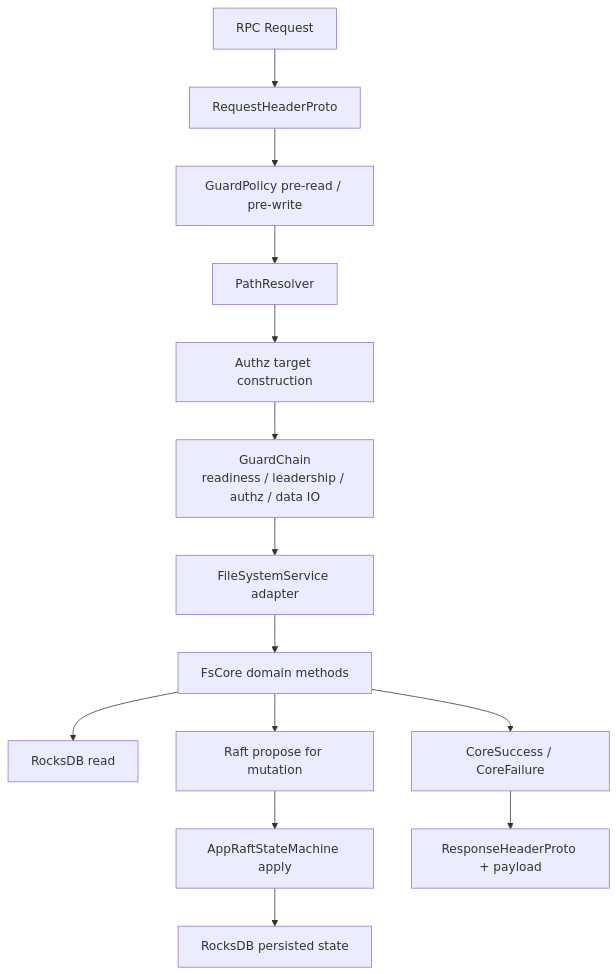
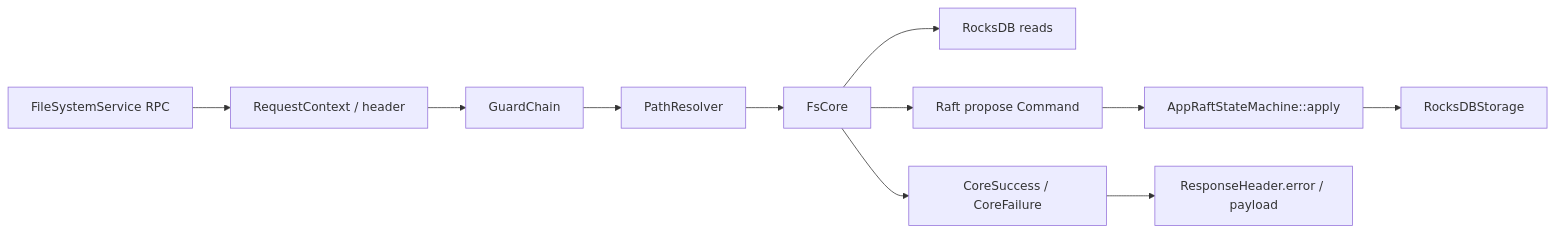
Before and after one commit to zouhuajian/beryl: the second of 2 diagrams in metadata/README_ZH.md, drawn with Mermaid. The commit also changed other lines of this file and 24 other files, not shown here.

````diff
--- a/metadata/README_ZH.md
+++ b/metadata/README_ZH.md
@@ -231,16 +99,13 @@
 ```mermaid
-flowchart TD
-    RPC[RPC Request] --> Header[RequestHeaderProto]
-    Header --> PreGuard[GuardPolicy pre-read / pre-write]
-    PreGuard --> Resolve[PathResolver]
-    Resolve --> Authz[Authz target construction]
-    Authz --> Guard[GuardChain<br/>readiness / leadership / authz / data IO]
-    Guard --> Service[FileSystemService adapter]
-    Service --> Core[FsCore domain methods]
-    Core --> ReadStore[RocksDB read]
-    Core --> Raft[Raft propose for mutation]
-    Raft --> SM[AppRaftStateMachine apply]
-    SM --> Store[RocksDB persisted state]
-    Core --> Resp[CoreSuccess / CoreFailure]
-    Resp --> HeaderOut[ResponseHeaderProto + payload]
+flowchart LR
+    RPC["FileSystemService RPC"] --> Header["RequestContext / header"]
+    Header --> Guard["GuardChain"]
+    Guard --> Resolver["PathResolver"]
+    Resolver --> Core["FsCore"]
+    Core --> Read["RocksDB reads"]
+    Core --> Write["Raft propose Command"]
+    Write --> Apply["AppRaftStateMachine::apply"]
+    Apply --> Rocks["RocksDBStorage"]
+    Core --> Resp["CoreSuccess / CoreFailure"]
+    Resp --> Wire["ResponseHeader.error / payload"]
 ```
````
